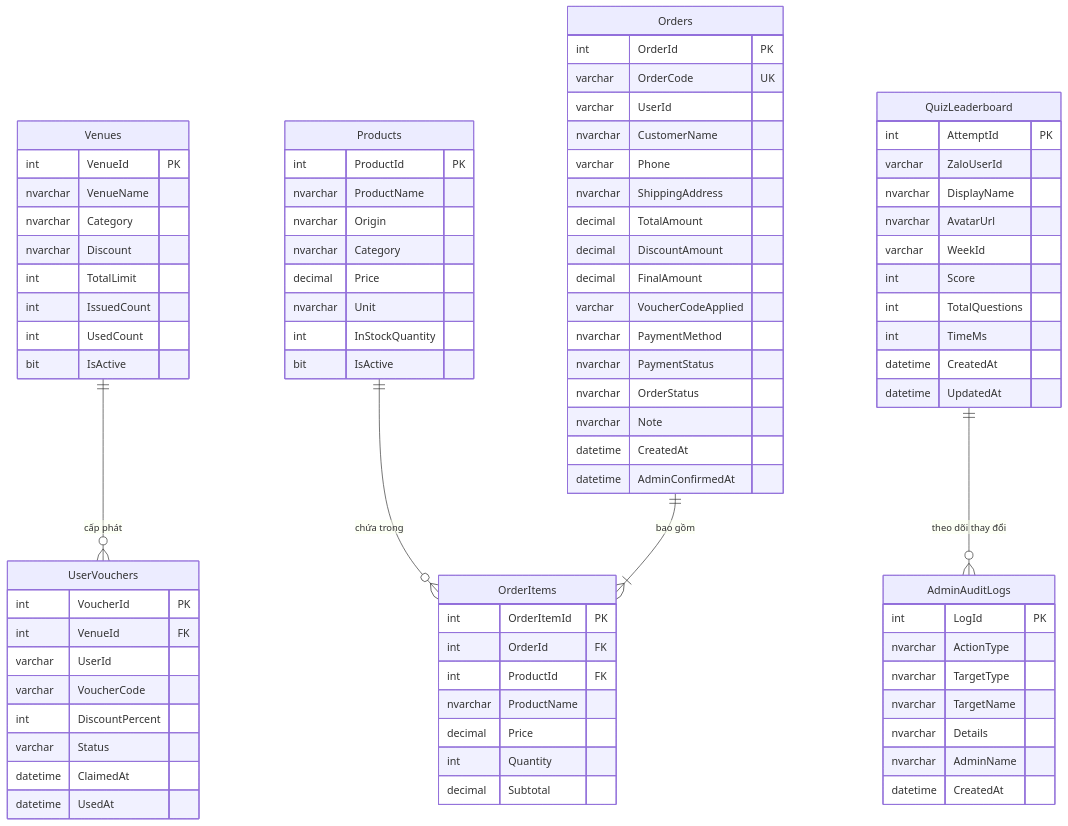
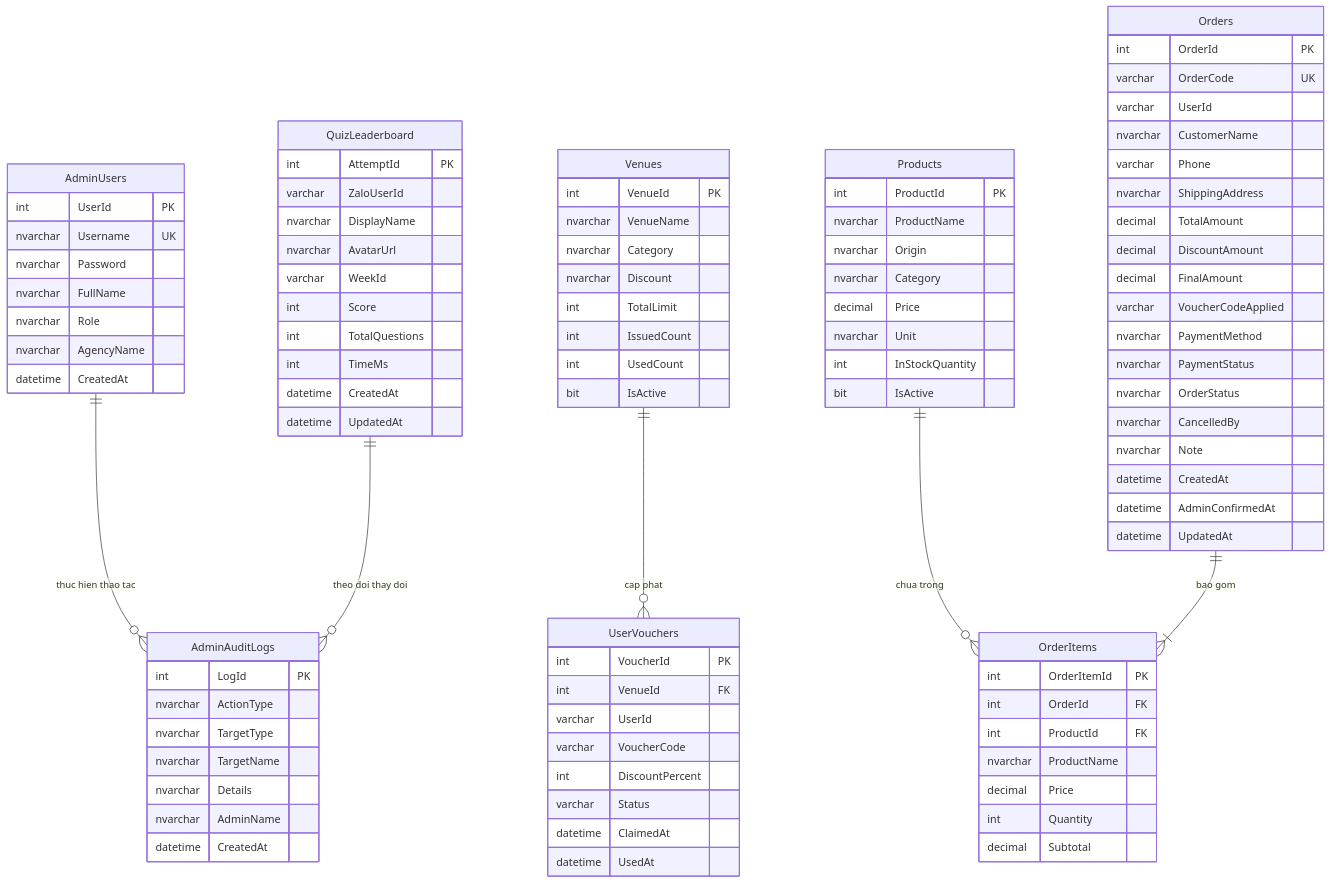
Before and after one commit to ZangKai2k3/dak-song-quest: the second of 4 diagrams in MO_TA_HE_THONG.md, drawn with Mermaid. The commit also changed other lines of this file and 8 other files, not shown here.

Commit message:
feat: phan quyen admin HTX va Huyen, tich hop thanh toan ZaloPay va COD, hoan thien quy trinh don hang va cap nhat tai lieu

````diff
--- a/MO_TA_HE_THONG.md
+++ b/MO_TA_HE_THONG.md
@@ -105,10 +114,21 @@
 ```mermaid
 erDiagram
-    Venues ||--o{ UserVouchers : "cấp phát"
-    Products ||--o{ OrderItems : "chứa trong"
-    Orders ||--|{ OrderItems : "bao gồm"
-    QuizLeaderboard ||--o{ AdminAuditLogs : "theo dõi thay đổi"
+    AdminUsers ||--o{ AdminAuditLogs : "thuc hien thao tac"
+    Venues ||--o{ UserVouchers : "cap phat"
+    Products ||--o{ OrderItems : "chua trong"
+    Orders ||--|{ OrderItems : "bao gom"
+    QuizLeaderboard ||--o{ AdminAuditLogs : "theo doi thay doi"
     
+    AdminUsers {
+        int UserId PK
+        nvarchar Username UK
+        nvarchar Password
+        nvarchar FullName
+        nvarchar Role
+        nvarchar AgencyName
+        datetime CreatedAt
+    }
+
     Venues {
         int VenueId PK
         nvarchar VenueName
@@ -156,9 +176,11 @@
         nvarchar PaymentMethod
         nvarchar PaymentStatus
         nvarchar OrderStatus
+        nvarchar CancelledBy
         nvarchar Note
         datetime CreatedAt
         datetime AdminConfirmedAt
+        datetime UpdatedAt
     }
 
     OrderItems {
````
